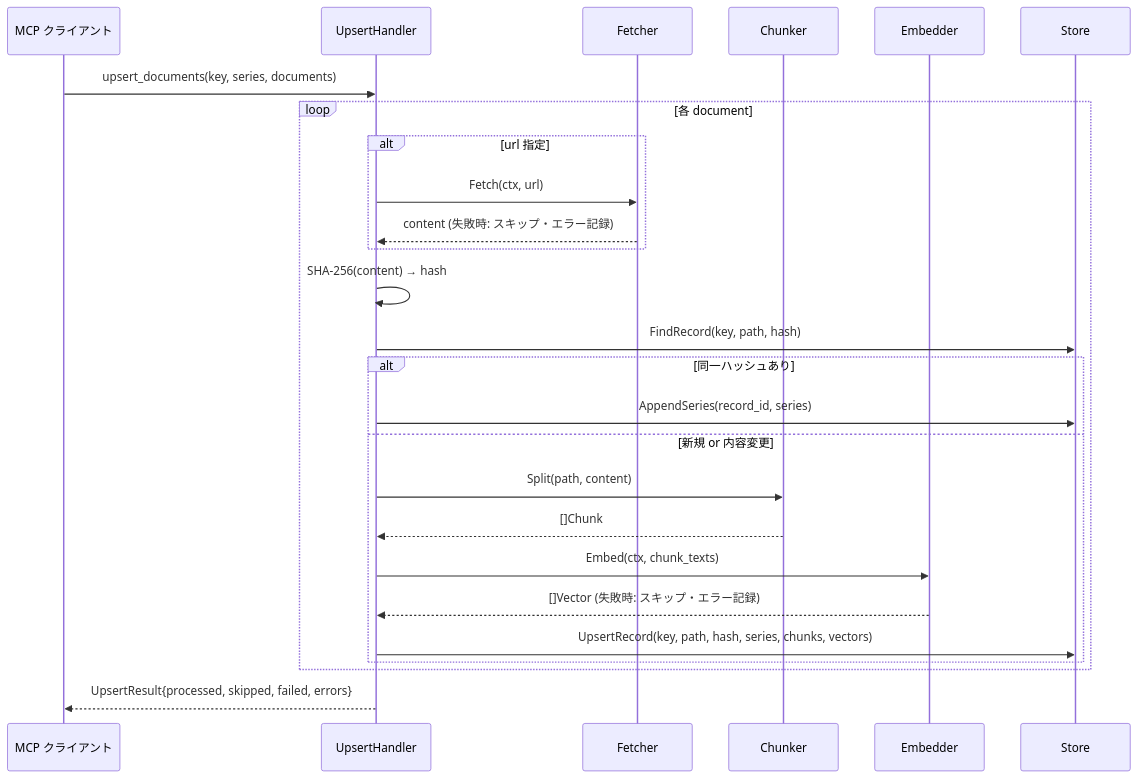
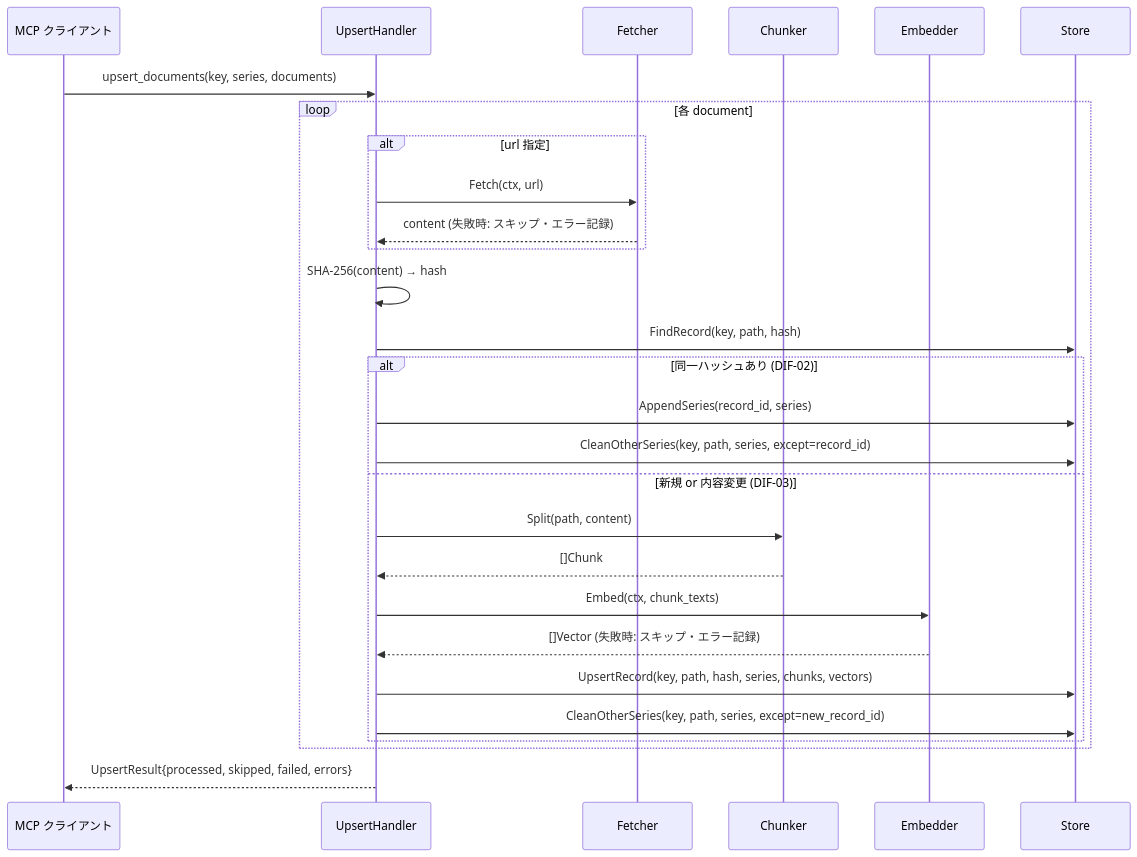
One commit to BlueEventHorizon/doc-db-mcp-server changed the fourth of 5 diagrams in docs/specs/base/design/DES-001_doc_db_mcp_server_design.md. Above: the diagram before and after it, drawn with Mermaid. The commit also changed other lines of this file and 1 other file, not shown here.

````diff
--- a/docs/specs/base/design/DES-001_doc_db_mcp_server_design.md
+++ b/docs/specs/base/design/DES-001_doc_db_mcp_server_design.md
@@ -233,29 +239,31 @@
 ```mermaid
 sequenceDiagram
     participant C as MCP クライアント
     participant H as UpsertHandler
     participant F as Fetcher
     participant Ch as Chunker
     participant E as Embedder
     participant S as Store
 
     C->>H: upsert_documents(key, series, documents)
     loop 各 document
         alt url 指定
             H->>F: Fetch(ctx, url)
             F-->>H: content (失敗時: スキップ・エラー記録)
         end
         H->>H: SHA-256(content) → hash
         H->>S: FindRecord(key, path, hash)
-        alt 同一ハッシュあり
+        alt 同一ハッシュあり (DIF-02)
             H->>S: AppendSeries(record_id, series)
-        else 新規 or 内容変更
+            H->>S: CleanOtherSeries(key, path, series, except=record_id)
+        else 新規 or 内容変更 (DIF-03)
             H->>Ch: Split(path, content)
             Ch-->>H: []Chunk
             H->>E: Embed(ctx, chunk_texts)
             E-->>H: []Vector (失敗時: スキップ・エラー記録)
             H->>S: UpsertRecord(key, path, hash, series, chunks, vectors)
+            H->>S: CleanOtherSeries(key, path, series, except=new_record_id)
         end
     end
     H-->>C: UpsertResult{processed, skipped, failed, errors}
 ```
````
